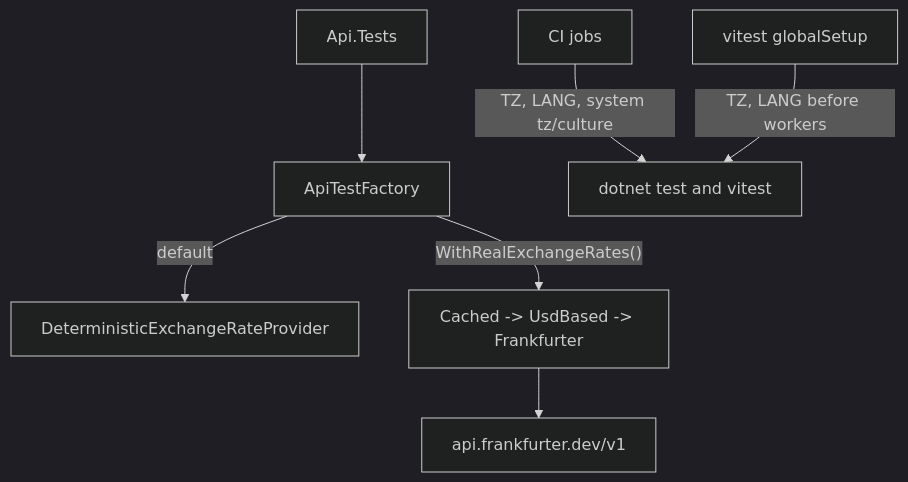
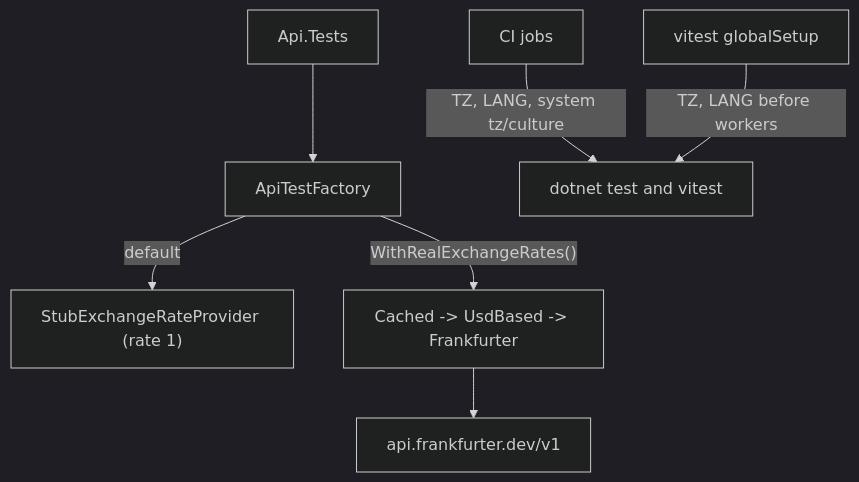
One commit to ggibellato/Financial changed the diagram in docs/prd/P58-prd-test-quality-and-ci-gates/features/P58-F01-deterministic-test-infrastructure/spec.md. Above: the diagram before and after it, drawn with Mermaid (dark theme). The commit also changed other lines of this file and 6 other files, not shown here.

First line of the commit message:
test(P58-F01): reuse the existing stub as the ApiTestFactory default

````diff
--- a/docs/prd/P58-prd-test-quality-and-ci-gates/features/P58-F01-deterministic-test-infrastructure/spec.md
+++ b/docs/prd/P58-prd-test-quality-and-ci-gates/features/P58-F01-deterministic-test-infrastructure/spec.md
@@ -58,9 +58,9 @@
 ```mermaid
 graph TD
     A["Api.Tests"] --> B["ApiTestFactory"]
-    B -->|default| C["DeterministicExchangeRateProvider"]
+    B -->|default| C["StubExchangeRateProvider (rate 1)"]
     B -->|"WithRealExchangeRates()"| D["Cached -> UsdBased -> Frankfurter"]
     D --> E["api.frankfurter.dev/v1"]
     F["CI jobs"] -->|"TZ, LANG, system tz/culture"| G["dotnet test and vitest"]
     H["vitest globalSetup"] -->|"TZ, LANG before workers"| G
 ```
````
